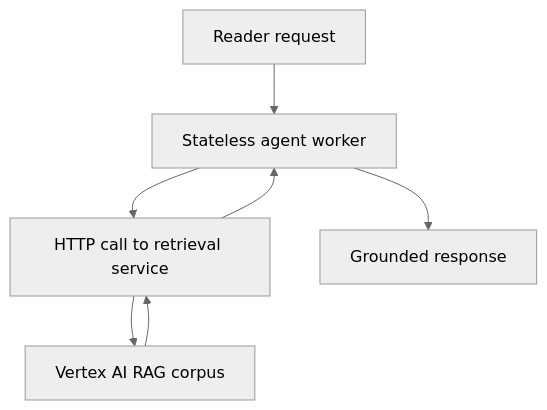
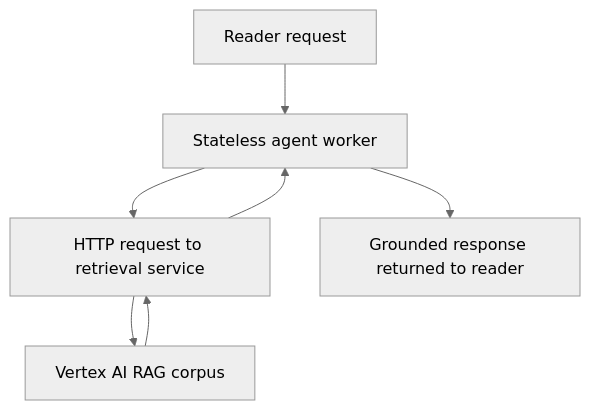
One commit to mohitagr18/ch10-cloud-agent-patterns changed the diagram in workflow/03-stateless-fix.md. Above: the diagram before and after it, drawn with Mermaid (neutral theme). The commit also changed other lines of this file, not shown here.

Commit message:
Polish workflow captions and Mermaid labels for publisher-friendly chapter figures

````diff
--- a/workflow/03-stateless-fix.md
+++ b/workflow/03-stateless-fix.md
@@ -10,9 +11,9 @@
 ```mermaid
 flowchart TD
     A[Reader request] --> B[Stateless agent worker]
-    B --> C[HTTP call to retrieval service]
+    B --> C[HTTP request to retrieval service]
     C --> D[Vertex AI RAG corpus]
     D --> C
     C --> B
-    B --> E[Grounded response]
+    B --> E[Grounded response returned to reader]
 ```
````
